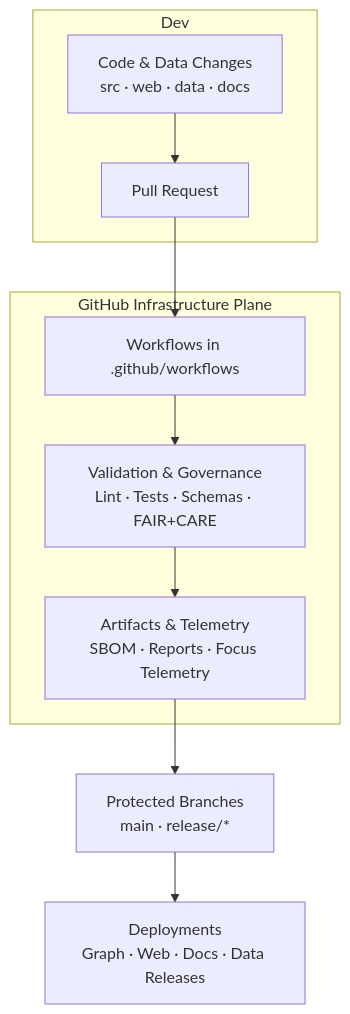
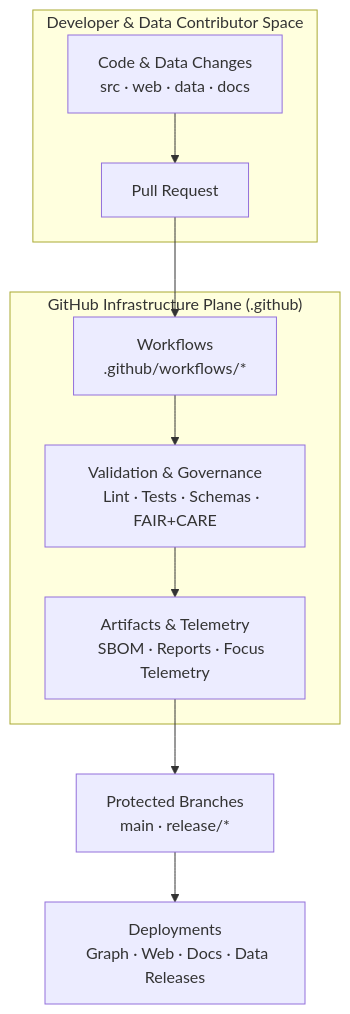
Before and after one commit to bartytime4life/Kansas-Frontier-Matrix: the diagram in .github/README.md, drawn with Mermaid. The commit also changed other lines of this file, not shown here.

````diff
--- a/.github/README.md
+++ b/.github/README.md
@@ -144,15 +171,21 @@
 ```mermaid
 flowchart TB
-  subgraph Dev
-    A[Code & Data Changes<br/>src · web · data · docs] --> B[Pull Request]
+  subgraph Dev ["Developer & Data Contributor Space"]
+    A["Code & Data Changes
+    src · web · data · docs"] --> B["Pull Request"]
   end
 
-  subgraph GitHub Infrastructure [GitHub Infrastructure Plane]
-    B --> C[Workflows in .github/workflows]
-    C --> D[Validation & Governance<br/>Lint · Tests · Schemas · FAIR+CARE]
-    D --> E[Artifacts & Telemetry<br/>SBOM · Reports · Focus Telemetry]
+  subgraph Hub ["GitHub Infrastructure Plane (.github)"]
+    B --> C["Workflows
+    .github/workflows/*"]
+    C --> D["Validation & Governance
+    Lint · Tests · Schemas · FAIR+CARE"]
+    D --> E["Artifacts & Telemetry
+    SBOM · Reports · Focus Telemetry"]
   end
 
-  E --> F[Protected Branches<br/>main · release/*]
-  F --> G[Deployments<br/>Graph · Web · Docs · Data Releases]
+  E --> F["Protected Branches
+  main · release/*"]
+  F --> G["Deployments
+  Graph · Web · Docs · Data Releases"]
 ```
````
